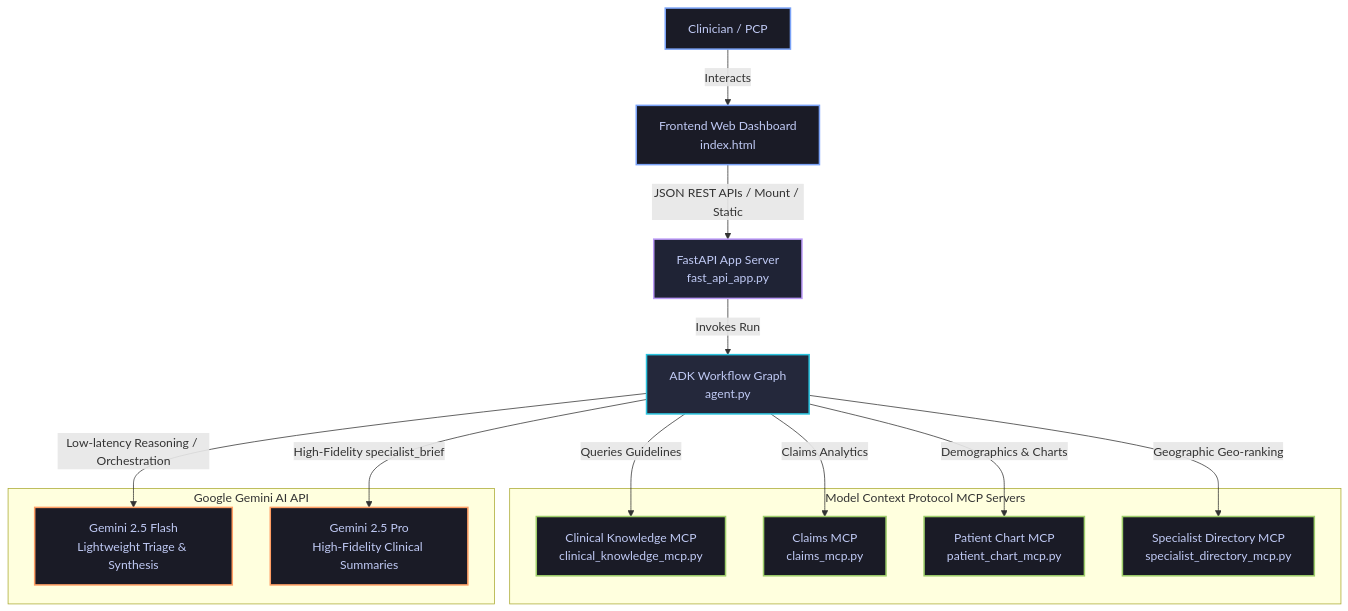
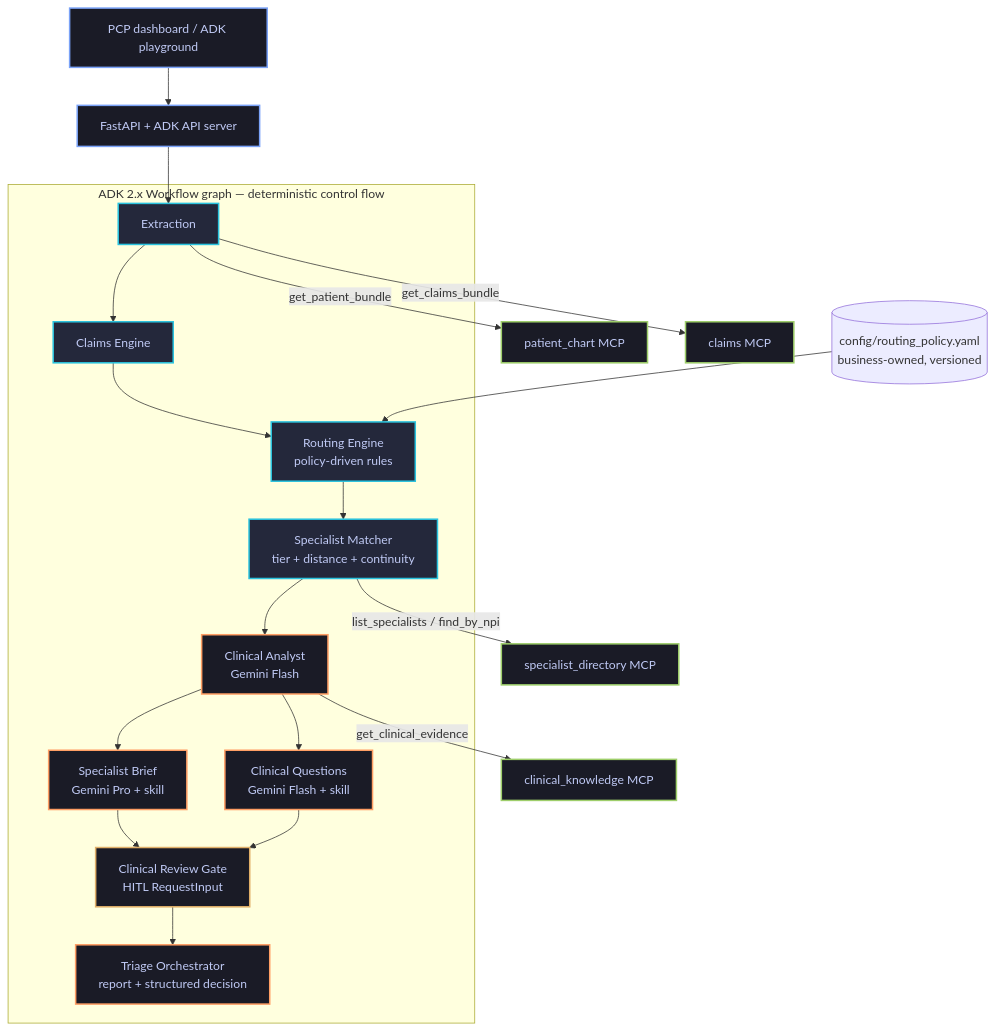
The first of 3 diagrams in README.md (GaneshkrishnaL/multi-agent-referral-routing-poc), drawn with Mermaid before and after one commit. The commit also changed other lines of this file and 88 other files, not shown here.

````diff
--- a/README.md
+++ b/README.md
@@ -12,41 +20,28 @@
 ```mermaid
 graph TD
-    %% Styling Class Definitions
     classDef client fill:#1a1b26,stroke:#7aa2f7,stroke-width:2px,color:#c0caf5;
-    classDef api fill:#1f2335,stroke:#bb9af7,stroke-width:2px,color:#c0caf5;
     classDef engine fill:#24283b,stroke:#2ac3de,stroke-width:2px,color:#c0caf5;
     classDef mcp fill:#1a1b26,stroke:#9ece6a,stroke-width:2px,color:#c0caf5;
     classDef ai fill:#1a1b26,stroke:#ff9e64,stroke-width:2px,color:#c0caf5;
+    classDef gate fill:#1a1b26,stroke:#e0af68,stroke-width:2px,color:#c0caf5;
 
-    %% Components
-    User[Clinician / PCP]:::client
-    UI[Frontend Web Dashboard<br/>index.html]:::client
-    FastAPI[FastAPI App Server<br/>fast_api_app.py]:::api
-    Workflow[ADK Workflow Graph<br/>agent.py]:::engine
-    
-    subgraph mcp_group [Model Context Protocol MCP Servers]
-        ClinicalKnowledge[Clinical Knowledge MCP<br/>clinical_knowledge_mcp.py]:::mcp
-        ClaimsMCP[Claims MCP<br/>claims_mcp.py]:::mcp
-        PatientChart[Patient Chart MCP<br/>patient_chart_mcp.py]:::mcp
-        SpecialistDirectory[Specialist Directory MCP<br/>specialist_directory_mcp.py]:::mcp
+    UI[PCP dashboard / ADK playground]:::client --> API[FastAPI + ADK API server]:::client
+    API --> EX
+
+    subgraph graph_engine [ADK 2.x Workflow graph — deterministic control flow]
+        EX[Extraction]:::engine --> CE[Claims Engine]:::engine --> RT[Routing Engine<br/>policy-driven rules]:::engine --> SM[Specialist Matcher<br/>tier + distance + continuity]:::engine
+        SM --> AN[Clinical Analyst<br/>Gemini Flash]:::ai
+        AN --> BR[Specialist Brief<br/>Gemini Pro + skill]:::ai
+        AN --> QG[Clinical Questions<br/>Gemini Flash + skill]:::ai
+        BR --> GT[Clinical Review Gate<br/>HITL RequestInput]:::gate
+        QG --> GT
+        GT --> OR[Triage Orchestrator<br/>report + structured decision]:::ai
     end
 
-    subgraph gemini_group [Google Gemini AI API]
-        Flash[Gemini 2.5 Flash<br/>Lightweight Triage & Synthesis]:::ai
-        Pro[Gemini 2.5 Pro<br/>High-Fidelity Clinical Summaries]:::ai
-    end
+    EX -->|get_patient_bundle| CHART[patient_chart MCP]:::mcp
+    EX -->|get_claims_bundle| CLM[claims MCP]:::mcp
+    SM -->|list_specialists / find_by_npi| DIR[specialist_directory MCP]:::mcp
+    AN -->|get_clinical_evidence| KNOW[clinical_knowledge MCP]:::mcp
 
-    %% Relationships
-    User -->|Interacts| UI
-    UI -->|JSON REST APIs / Mount / Static| FastAPI
-    FastAPI -->|Invokes Run| Workflow
-    
-    %% Workflow nodes interactions
-    Workflow -->|Queries Guidelines| ClinicalKnowledge
-    Workflow -->|Claims Analytics| ClaimsMCP
-    Workflow -->|Demographics & Charts| PatientChart
-    Workflow -->|Geographic Geo-ranking| SpecialistDirectory
-    
-    Workflow -->|Low-latency Reasoning / Orchestration| Flash
-    Workflow -->|High-Fidelity specialist_brief| Pro
+    POL[(config/routing_policy.yaml<br/>business-owned, versioned)] --> RT
 ```
````
